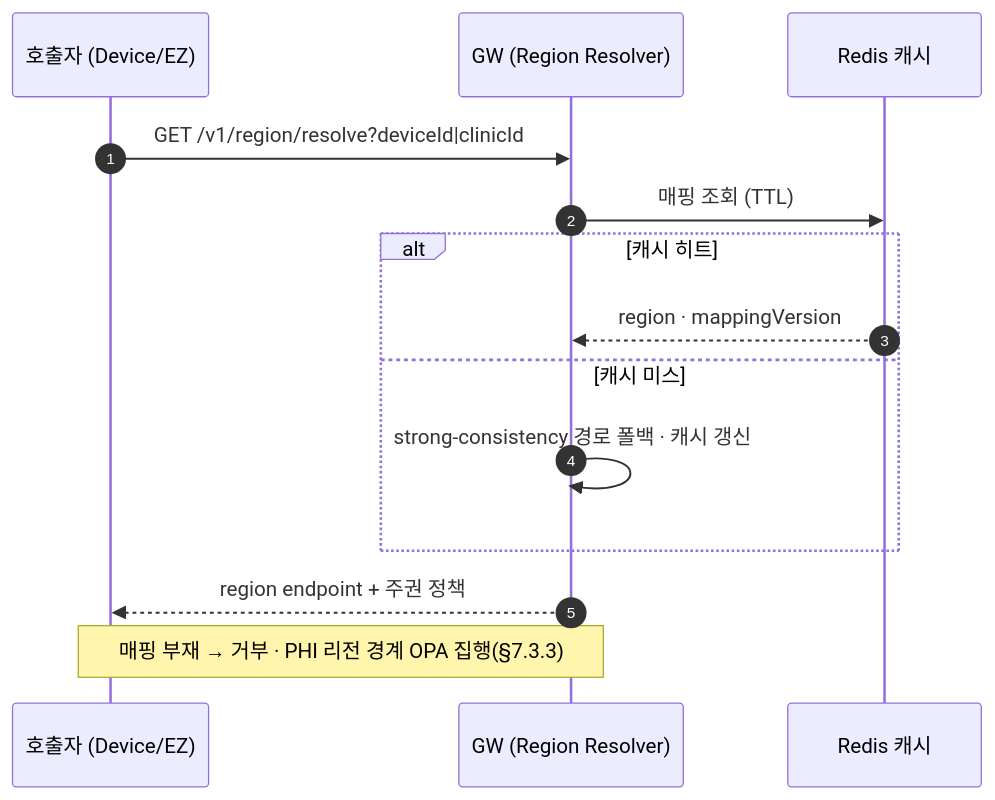
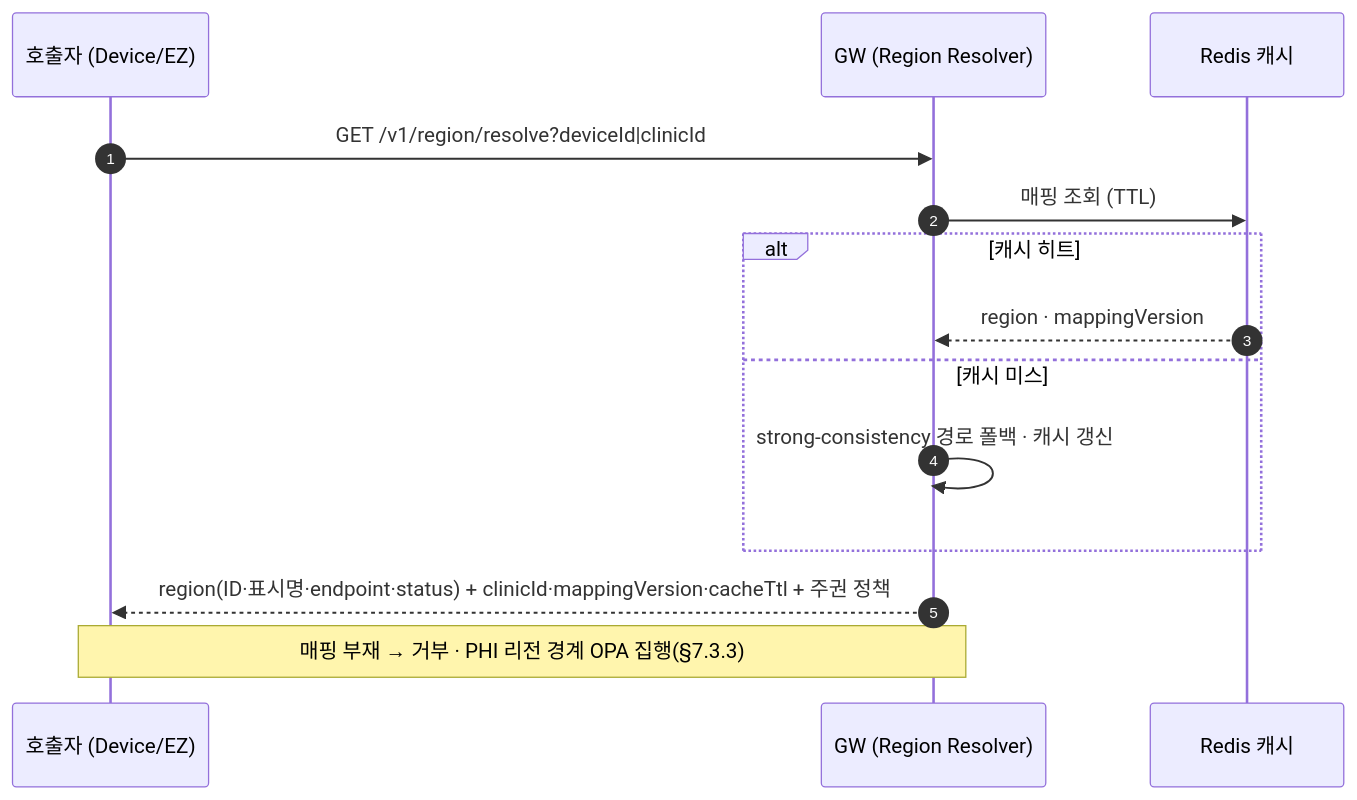
The tenth of 17 diagrams in docs/VT_API_Gateway/08.VT_API_Gateway/specs/03-srs-gateway/SRS.md (gracegyu/scp-architecture), drawn with Mermaid before and after one commit. The commit also changed other lines of this file and 1 other file, not shown here.

Commit message:
문서 업데이트: VT API Gateway의 SRS 및 OpenAPI 문서에서 `RegionResolveResponse`의 응답 구조를 보강하여 해석된 리전 정보(리전 ID, 표시명, 상태 등)와 주권 정책을 명확히 하였습니다. 이를 통해 클라이언트가 필요한 모든 정보를 포함하여 리전 해석 요청에 대한 이해도를 높이고, 문서의 일관성을 강화하였습니다.

````diff
--- a/docs/VT_API_Gateway/08.VT_API_Gateway/specs/03-srs-gateway/SRS.md
+++ b/docs/VT_API_Gateway/08.VT_API_Gateway/specs/03-srs-gateway/SRS.md
@@ -554,16 +554,16 @@
 ```mermaid
 sequenceDiagram
     autonumber
     participant C as 호출자 (Device/EZ)
     participant GW as GW (Region Resolver)
     participant R as Redis 캐시
     C->>GW: GET /v1/region/resolve?deviceId|clinicId
     GW->>R: 매핑 조회 (TTL)
     alt 캐시 히트
         R-->>GW: region · mappingVersion
     else 캐시 미스
         GW->>GW: strong-consistency 경로 폴백 · 캐시 갱신
     end
-    GW-->>C: region endpoint + 주권 정책
+    GW-->>C: region(ID·표시명·endpoint·status) + clinicId·mappingVersion·cacheTtl + 주권 정책
     Note over C,GW: 매핑 부재 → 거부 · PHI 리전 경계 OPA 집행(§7.3.3)
 ```
````
